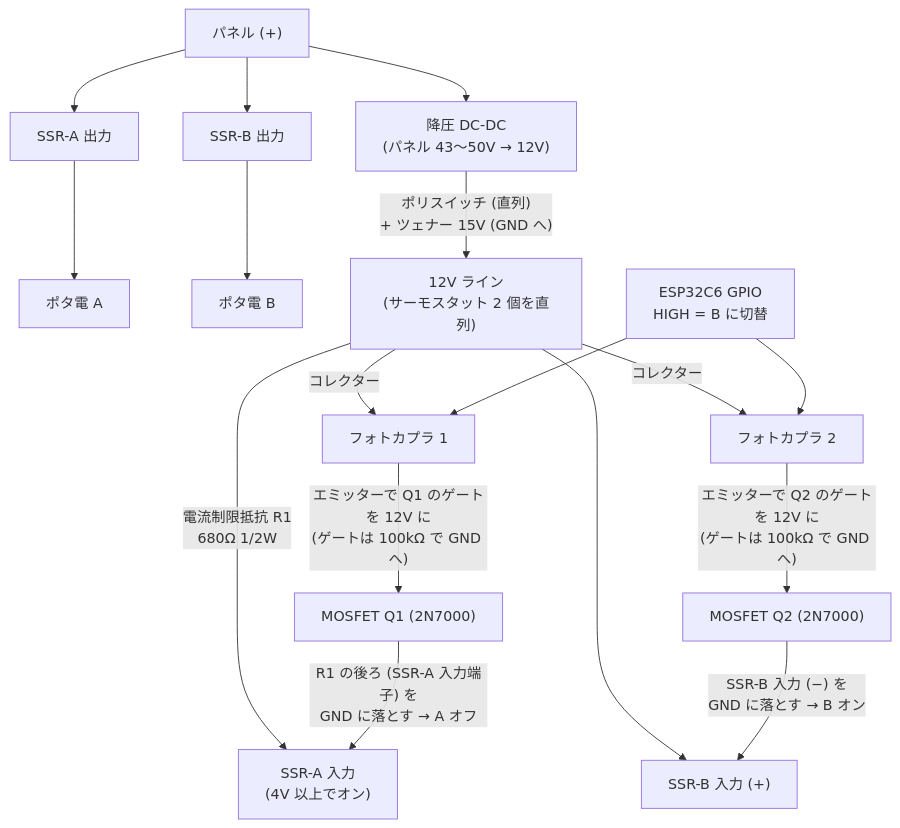
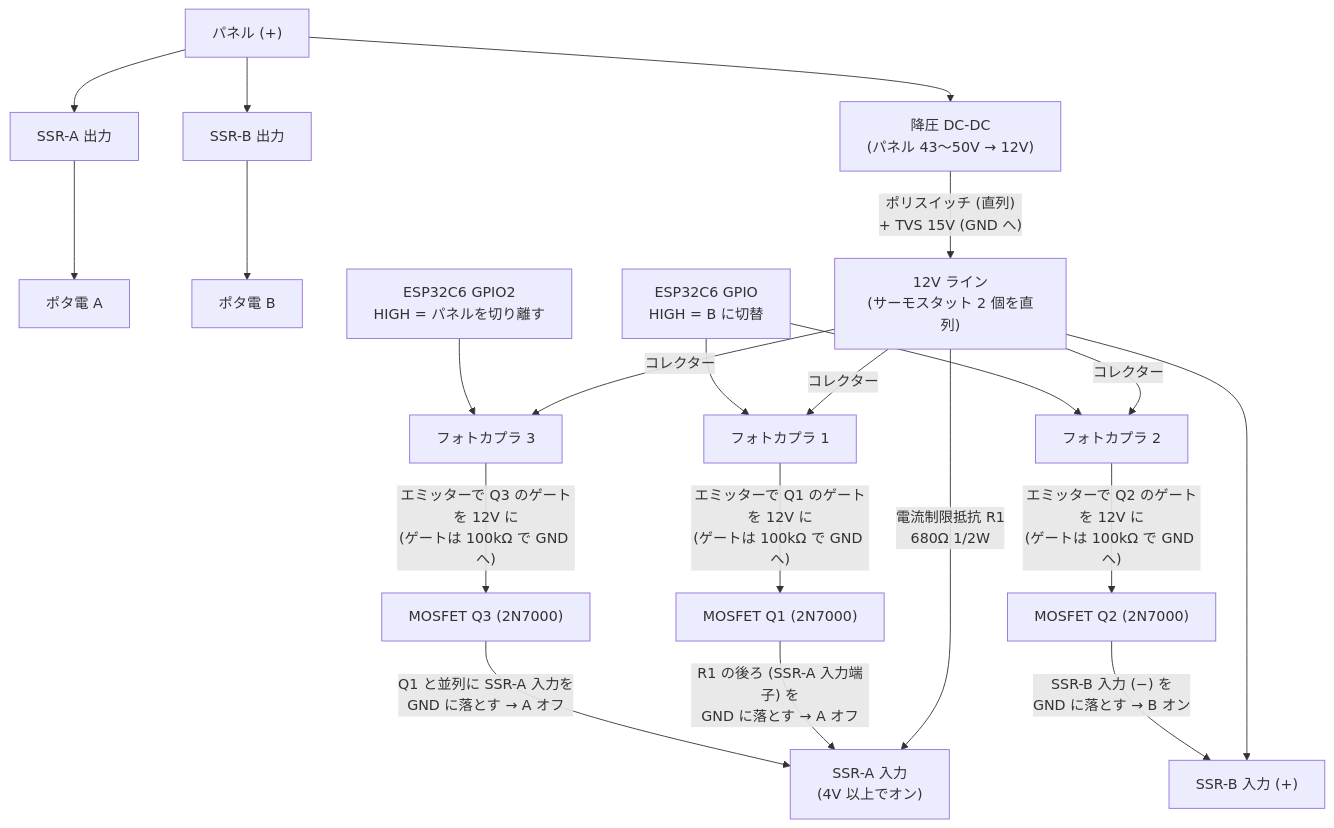
One commit to junkei-okinawa/FarmVerse changed the second of 2 diagrams in docs/3_PowerSystem/01_電源システム設計.md. Above: the diagram before and after it, drawn with Mermaid. The commit also changed other lines of this file, not shown here.

First line of the commit message:
docs(power): address Gemini review (TVS clamp, automatic panel cut, ThinkPad AP, connector exposure)

````diff
--- a/docs/3_PowerSystem/01_電源システム設計.md
+++ b/docs/3_PowerSystem/01_電源システム設計.md
@@ -98,15 +98,18 @@
 ```mermaid
 flowchart TB
     PV["パネル (+)"] --> SSRA_OUT["SSR-A 出力"] --> A["ポタ電 A"]
     PV --> SSRB_OUT["SSR-B 出力"] --> B["ポタ電 B"]
     PV --> BUCK["降圧 DC-DC<br/>(パネル 43〜50V → 12V)"]
-    BUCK -- "ポリスイッチ (直列)<br/>+ ツェナー 15V (GND へ)" --> V12["12V ライン<br/>(サーモスタット 2 個を直列)"]
+    BUCK -- "ポリスイッチ (直列)<br/>+ TVS 15V (GND へ)" --> V12["12V ライン<br/>(サーモスタット 2 個を直列)"]
     V12 -- "電流制限抵抗 R1<br/>680Ω 1/2W" --> SSRA_IN["SSR-A 入力<br/>(4V 以上でオン)"]
     V12 --> SSRB_IN["SSR-B 入力 (+)"]
     V12 -- "コレクター" --> PC1
     V12 -- "コレクター" --> PC2
     GPIO["ESP32C6 GPIO<br/>HIGH = B に切替"] --> PC1["フォトカプラ 1"] -- "エミッターで Q1 のゲートを 12V に<br/>(ゲートは 100kΩ で GND へ)" --> Q1["MOSFET Q1 (2N7000)"]
     Q1 -- "R1 の後ろ (SSR-A 入力端子) を<br/>GND に落とす → A オフ" --> SSRA_IN
     GPIO --> PC2["フォトカプラ 2"] -- "エミッターで Q2 のゲートを 12V に<br/>(ゲートは 100kΩ で GND へ)" --> Q2["MOSFET Q2 (2N7000)"]
     Q2 -- "SSR-B 入力 (−) を<br/>GND に落とす → B オン" --> SSRB_IN
+    V12 -- "コレクター" --> PC3
+    GPIO2["ESP32C6 GPIO2<br/>HIGH = パネルを切り離す"] --> PC3["フォトカプラ 3"] -- "エミッターで Q3 のゲートを 12V に<br/>(ゲートは 100kΩ で GND へ)" --> Q3["MOSFET Q3 (2N7000)"]
+    Q3 -- "Q1 と並列に SSR-A 入力を<br/>GND に落とす → A オフ" --> SSRA_IN
 ```
````
